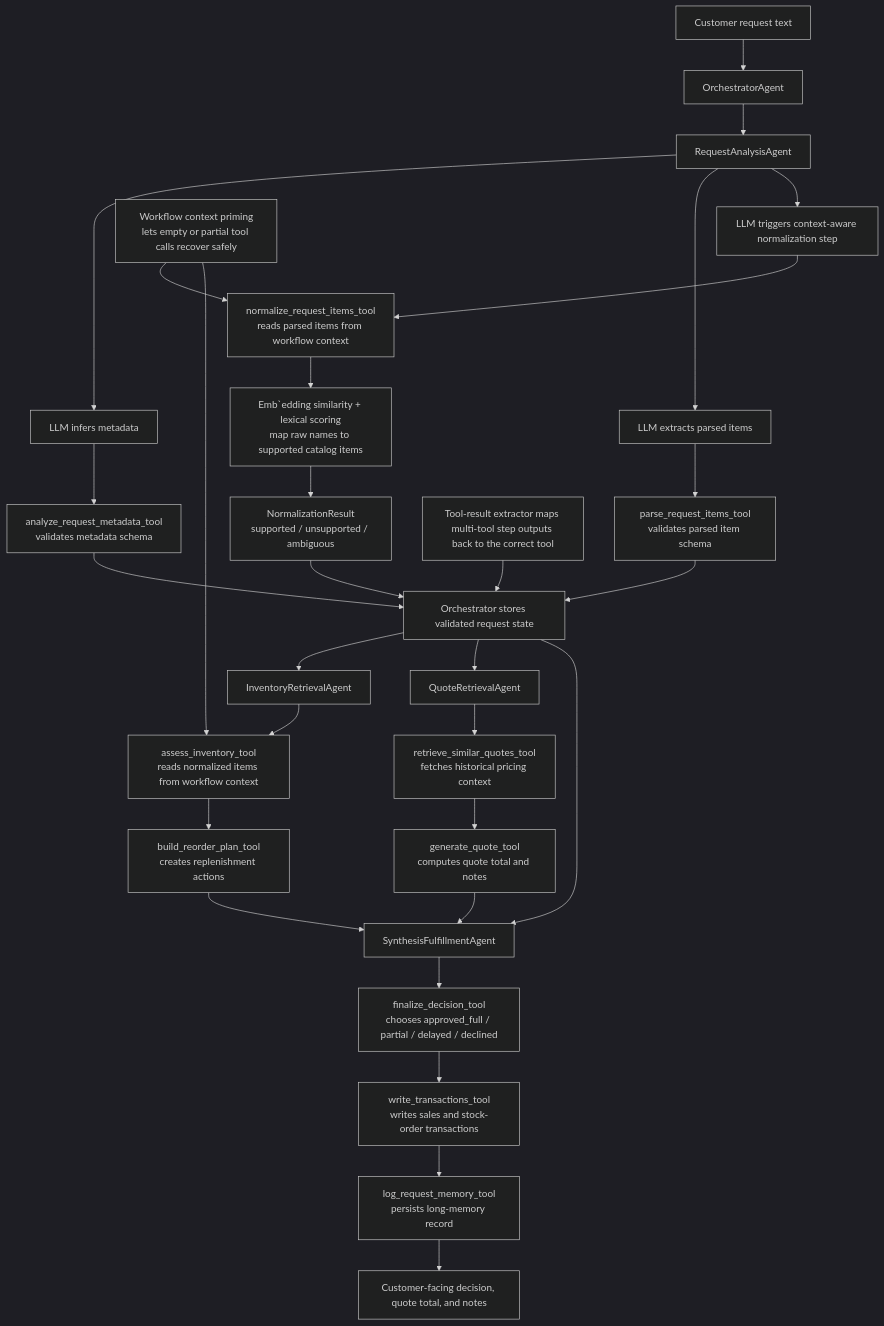
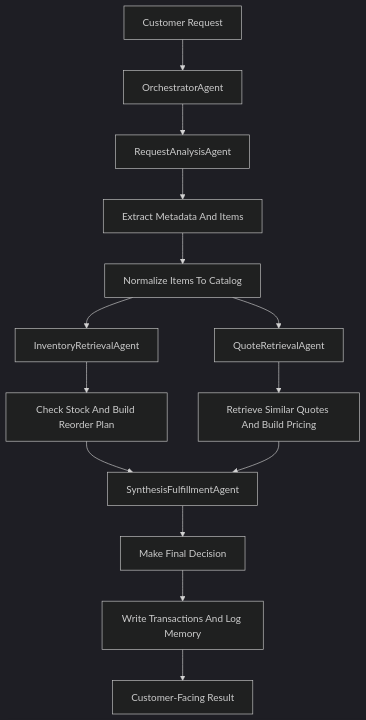
Before and after one commit to echel0nn/multi-rag-agent-orchestrator-example: the diagram in README.md, drawn with Mermaid (dark theme).

````diff
--- a/README.md
+++ b/README.md
@@ -8,36 +8,16 @@
 ```mermaid
 flowchart TD
-    A["Customer request text"] --> B["OrchestratorAgent"]
+    A["Customer Request"] --> B["OrchestratorAgent"]
     B --> C["RequestAnalysisAgent"]
-    C --> C1["LLM infers metadata"]
-    C --> C2["LLM extracts parsed items"]
-    C --> C3["LLM triggers context-aware normalization step"]
-    C1 --> D["analyze_request_metadata_tool\nvalidates metadata schema"]
-    C2 --> E["parse_request_items_tool\nvalidates parsed item schema"]
-    C3 --> F["normalize_request_items_tool\nreads parsed items from workflow context"]
-    F --> F1["Emb`edding similarity + lexical scoring\nmap raw names to supported catalog items"]
-    F1 --> F2["NormalizationResult\nsupported / unsupported / ambiguous"]
-    D --> G["Orchestrator stores validated request state"]
-    E --> G
-    F2 --> G
-
-    G --> H["InventoryRetrievalAgent"]
-    H --> I["assess_inventory_tool\nreads normalized items from workflow context"]
-    I --> J["build_reorder_plan_tool\ncreates replenishment actions"]
-
-    G --> K["QuoteRetrievalAgent"]
-    K --> L["retrieve_similar_quotes_tool\nfetches historical pricing context"]
-    L --> M["generate_quote_tool\ncomputes quote total and notes"]
-
-    J --> N["SynthesisFulfillmentAgent"]
-    M --> N
-    G --> N
-    N --> O["finalize_decision_tool\nchooses approved_full / partial / delayed / declined"]
-    O --> P["write_transactions_tool\nwrites sales and stock-order transactions"]
-    P --> Q["log_request_memory_tool\npersists long-memory record"]
-    Q --> R["Customer-facing decision, quote total, and notes"]
-
-    U["Workflow context priming\nlets empty or partial tool calls recover safely"] --> F
-    U --> I
-    T["Tool-result extractor maps multi-tool step outputs back to the correct tool"] --> G
+    C --> D["Extract Metadata And Items"]
+    D --> E["Normalize Items To Catalog"]
+    E --> F["InventoryRetrievalAgent"]
+    F --> G["Check Stock And Build Reorder Plan"]
+    E --> H["QuoteRetrievalAgent"]
+    H --> I["Retrieve Similar Quotes And Build Pricing"]
+    G --> J["SynthesisFulfillmentAgent"]
+    I --> J
+    J --> K["Make Final Decision"]
+    K --> L["Write Transactions And Log Memory"]
+    L --> M["Customer-Facing Result"]
 ```
````
